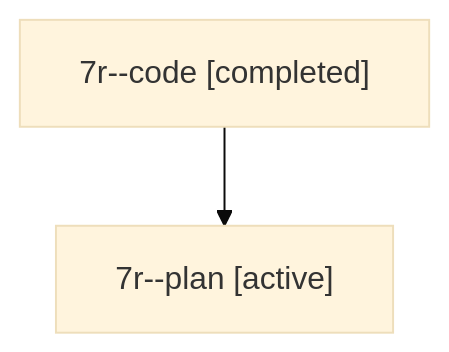
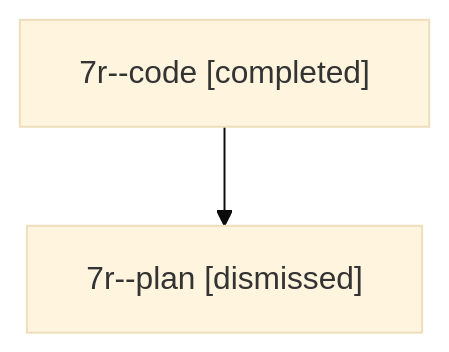
One commit to sase-org/sase--agents changed the diagram in sessions/bbugyi200.athena.7r.md. Above: the diagram before and after it, drawn with Mermaid (base theme). The commit also changed other lines of this file and 18 other files, not shown here.

````diff
--- a/sessions/bbugyi200.athena.7r.md
+++ b/sessions/bbugyi200.athena.7r.md
@@ -9,6 +9,6 @@
 ```mermaid
 flowchart TD
   n0["7r--code [completed]"]
-  n1["7r--plan [active]"]
+  n1["7r--plan [dismissed]"]
   n0 --> n1
 ```
````
